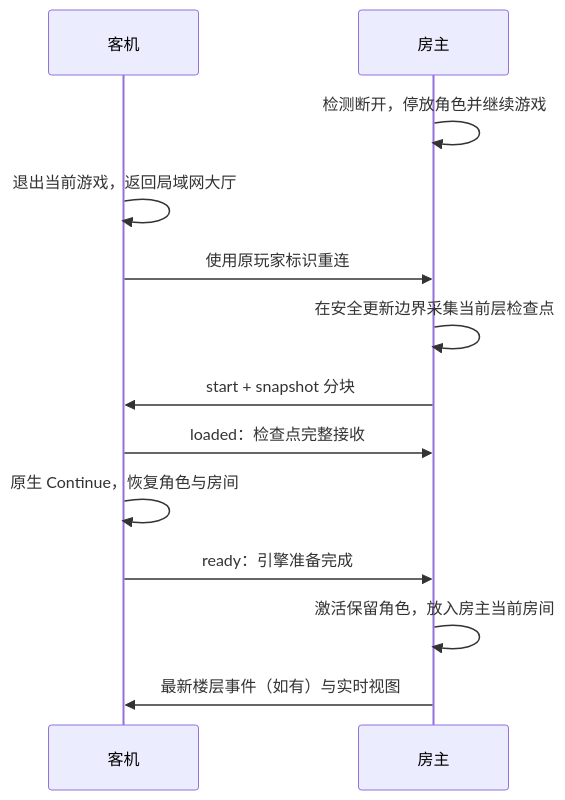
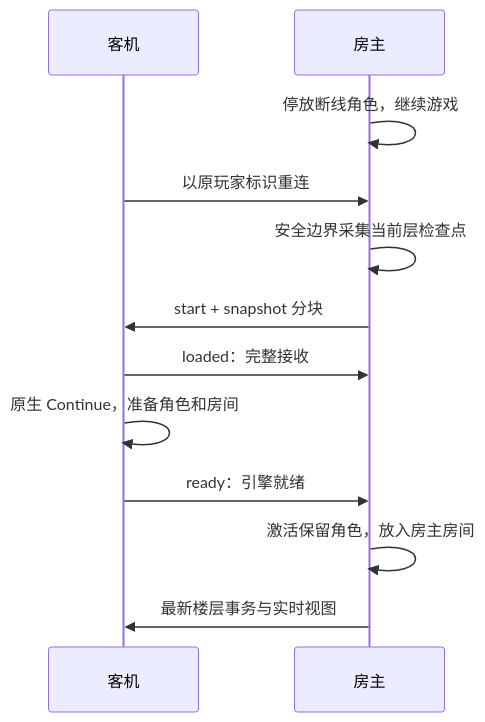
The second of 2 diagrams in docs/session-lifecycle.md (BMingSY/isaac-lan), drawn with Mermaid before and after one commit. The commit also changed other lines of this file and 14 other files, not shown here.

Commit message:
docs: separate architecture references and release validation records (#87)

````diff
--- a/docs/session-lifecycle.md
+++ b/docs/session-lifecycle.md
@@ -65,15 +54,14 @@
 ```mermaid
 sequenceDiagram
     participant C as 客机
     participant H as 房主
-    H->>H: 检测断开，停放角色并继续游戏
-    C->>C: 退出当前游戏，返回局域网大厅
-    C->>H: 使用原玩家标识重连
-    H->>H: 在安全更新边界采集当前层检查点
+    H->>H: 停放断线角色，继续游戏
+    C->>H: 以原玩家标识重连
+    H->>H: 安全边界采集当前层检查点
     H->>C: start + snapshot 分块
-    C->>H: loaded：检查点完整接收
-    C->>C: 原生 Continue，恢复角色与房间
-    C->>H: ready：引擎准备完成
-    H->>H: 激活保留角色，放入房主当前房间
-    H->>C: 最新楼层事件（如有）与实时视图
+    C->>H: loaded：完整接收
+    C->>C: 原生 Continue，准备角色和房间
+    C->>H: ready：引擎就绪
+    H->>H: 激活保留角色，放入房主房间
+    H->>C: 最新楼层事务与实时视图
 ```
````
